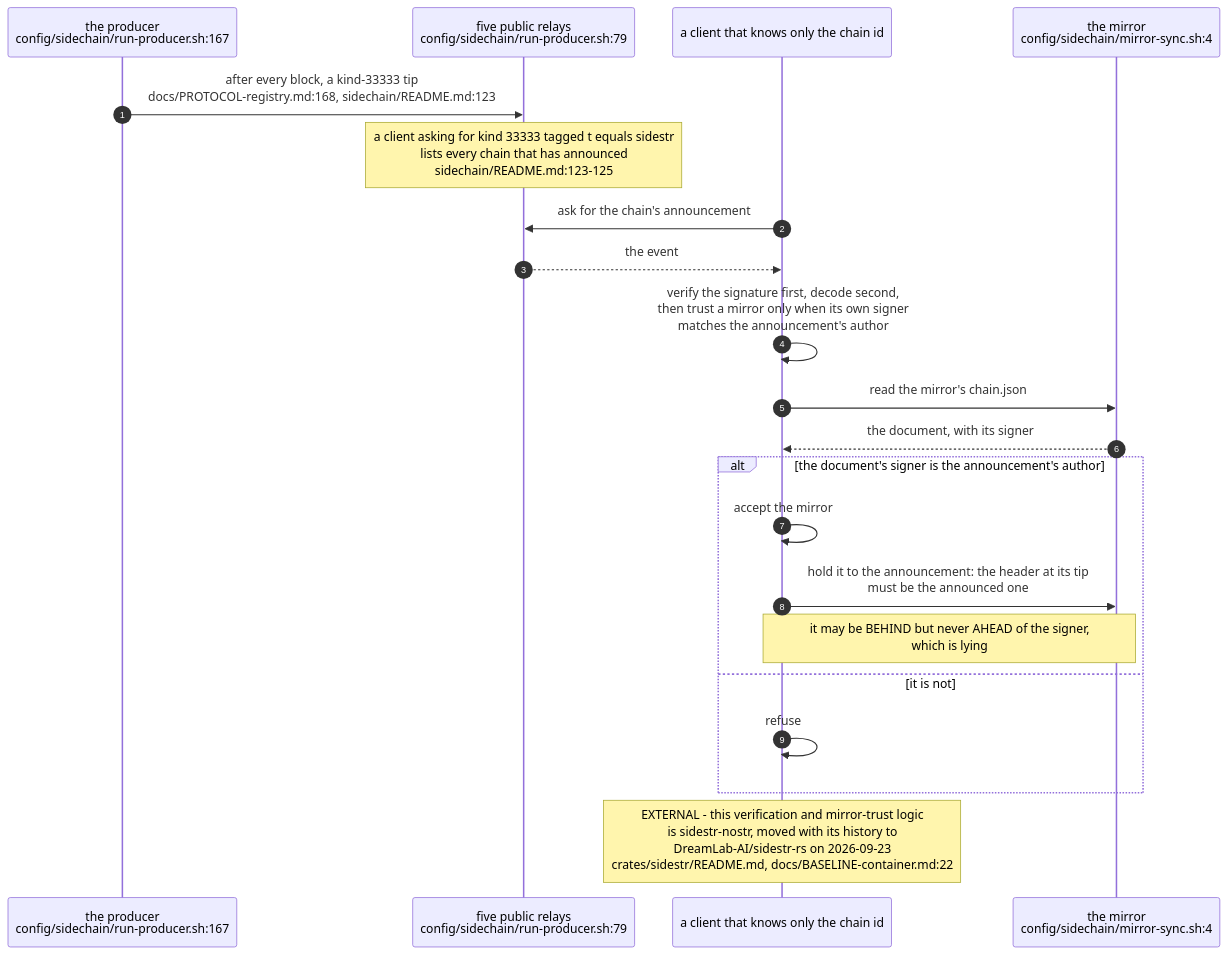
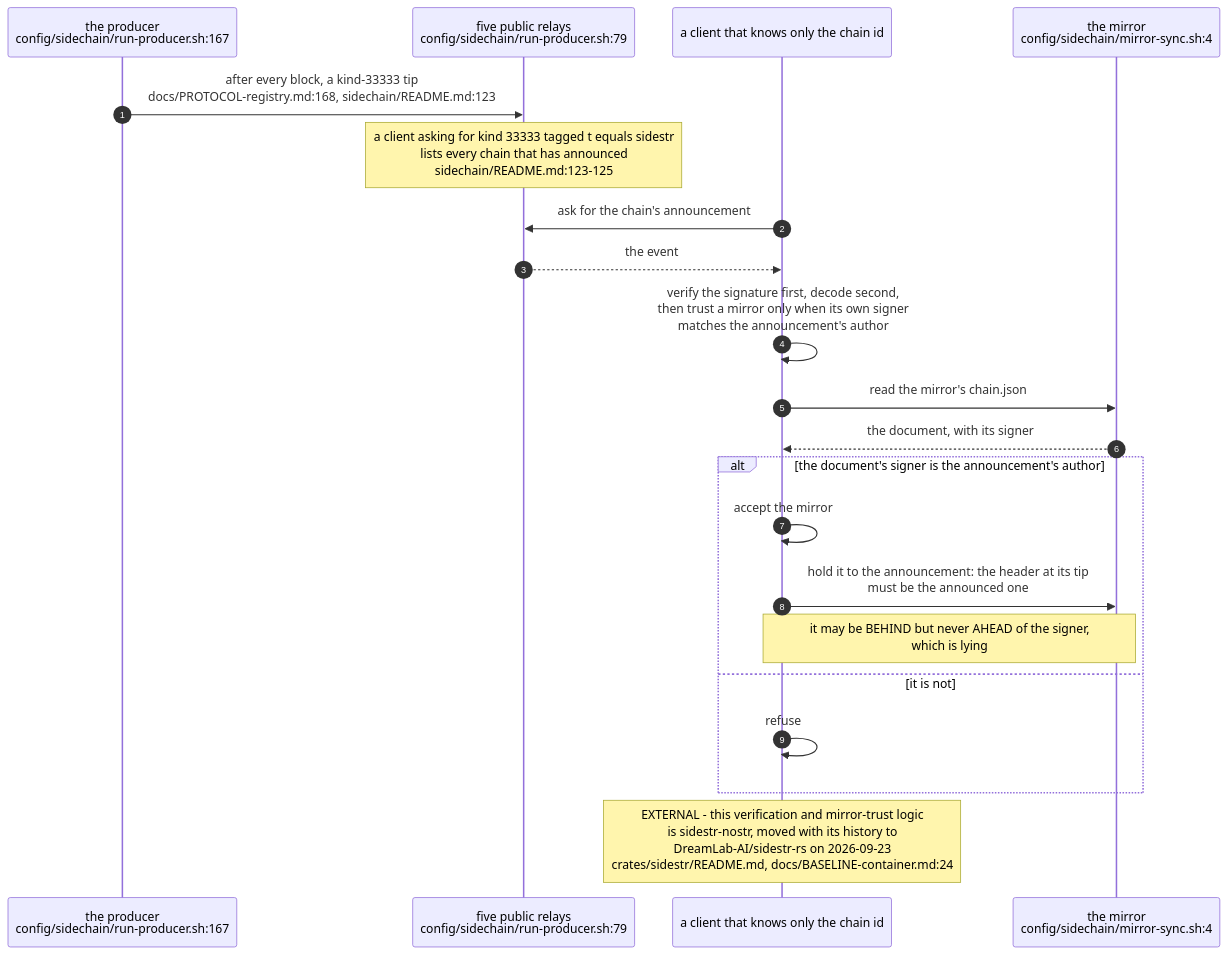
The second of 6 diagrams in docs/diagrams/agentbox/34-sidestr-interim-producer-and-mirror.md (DreamLab-AI/VisionFlow), drawn with Mermaid before and after one commit. The commit also changed other lines of this file and 145 other files, not shown here.

````diff
--- a/docs/diagrams/agentbox/34-sidestr-interim-producer-and-mirror.md
+++ b/docs/diagrams/agentbox/34-sidestr-interim-producer-and-mirror.md
@@ -113,24 +113,24 @@
 ```mermaid
 sequenceDiagram
     autonumber
     participant PR as the producer<br/>config/sidechain/run-producer.sh:167
     participant RL as five public relays<br/>config/sidechain/run-producer.sh:79
     participant CL as a client that knows only the chain id
     participant MI as the mirror<br/>config/sidechain/mirror-sync.sh:4
 
     PR->>RL: after every block, a kind-33333 tip<br/>docs/PROTOCOL-registry.md:168, sidechain/README.md:123
     Note over RL: a client asking for kind 33333 tagged t equals sidestr<br/>lists every chain that has announced<br/>sidechain/README.md:123-125
     CL->>RL: ask for the chain's announcement
     RL-->>CL: the event
     CL->>CL: verify the signature first, decode second,<br/>then trust a mirror only when its own signer<br/>matches the announcement's author
     CL->>MI: read the mirror's chain.json
     MI-->>CL: the document, with its signer
     alt the document's signer is the announcement's author
         CL->>CL: accept the mirror
         CL->>MI: hold it to the announcement: the header at its tip<br/>must be the announced one
         Note over CL,MI: it may be BEHIND but never AHEAD of the signer,<br/>which is lying
     else it is not
         CL->>CL: refuse
     end
-    Note over CL: EXTERNAL - this verification and mirror-trust logic<br/>is sidestr-nostr, moved with its history to<br/>DreamLab-AI/sidestr-rs on 2026-09-23<br/>crates/sidestr/README.md, docs/BASELINE-container.md:22
+    Note over CL: EXTERNAL - this verification and mirror-trust logic<br/>is sidestr-nostr, moved with its history to<br/>DreamLab-AI/sidestr-rs on 2026-09-23<br/>crates/sidestr/README.md, docs/BASELINE-container.md:24
 ```
````
